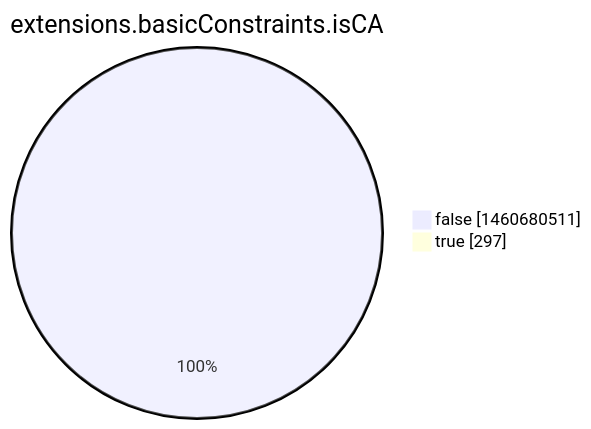
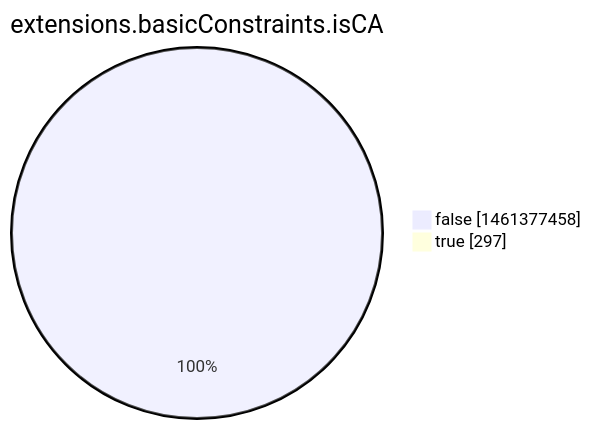
The eighth of 15 diagrams in argon2022/README.md (christiankrug/ctmonitor_visualization), drawn with Mermaid before and after one commit. The commit also changed other lines of this file, not shown here.

````diff
--- a/argon2022/README.md
+++ b/argon2022/README.md
@@ -2760,6 +2760,6 @@
 ```mermaid
 pie showData
 title extensions.basicConstraints.isCA
-"false" :1460680511
+"false" :1461377458
 "true" :297
 ```
````
